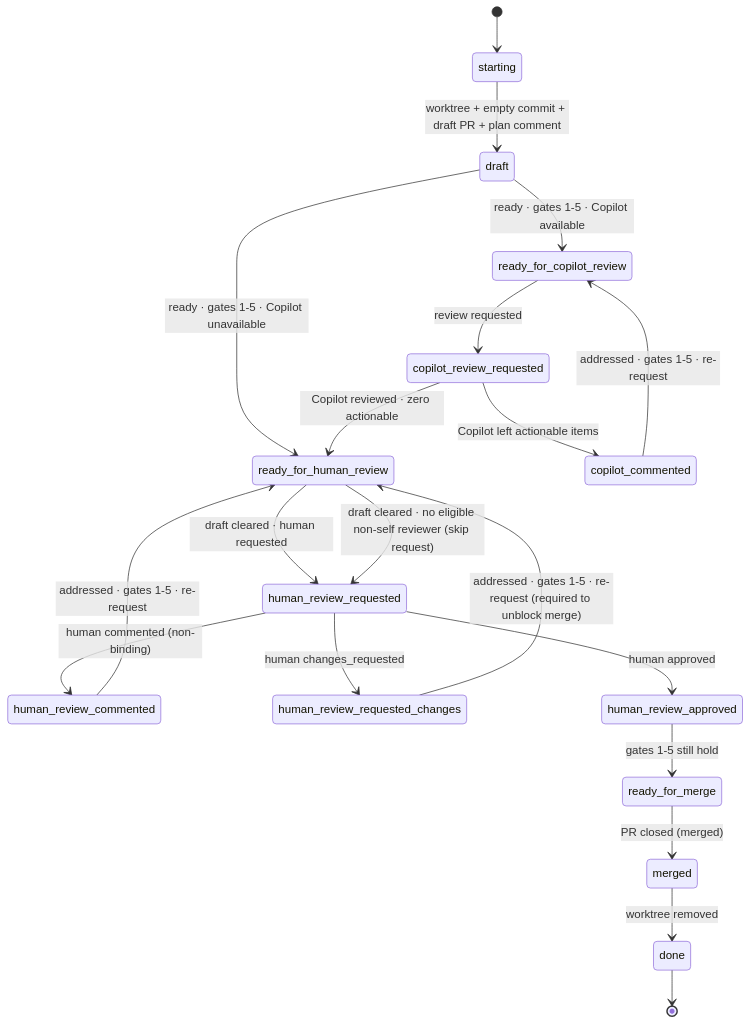
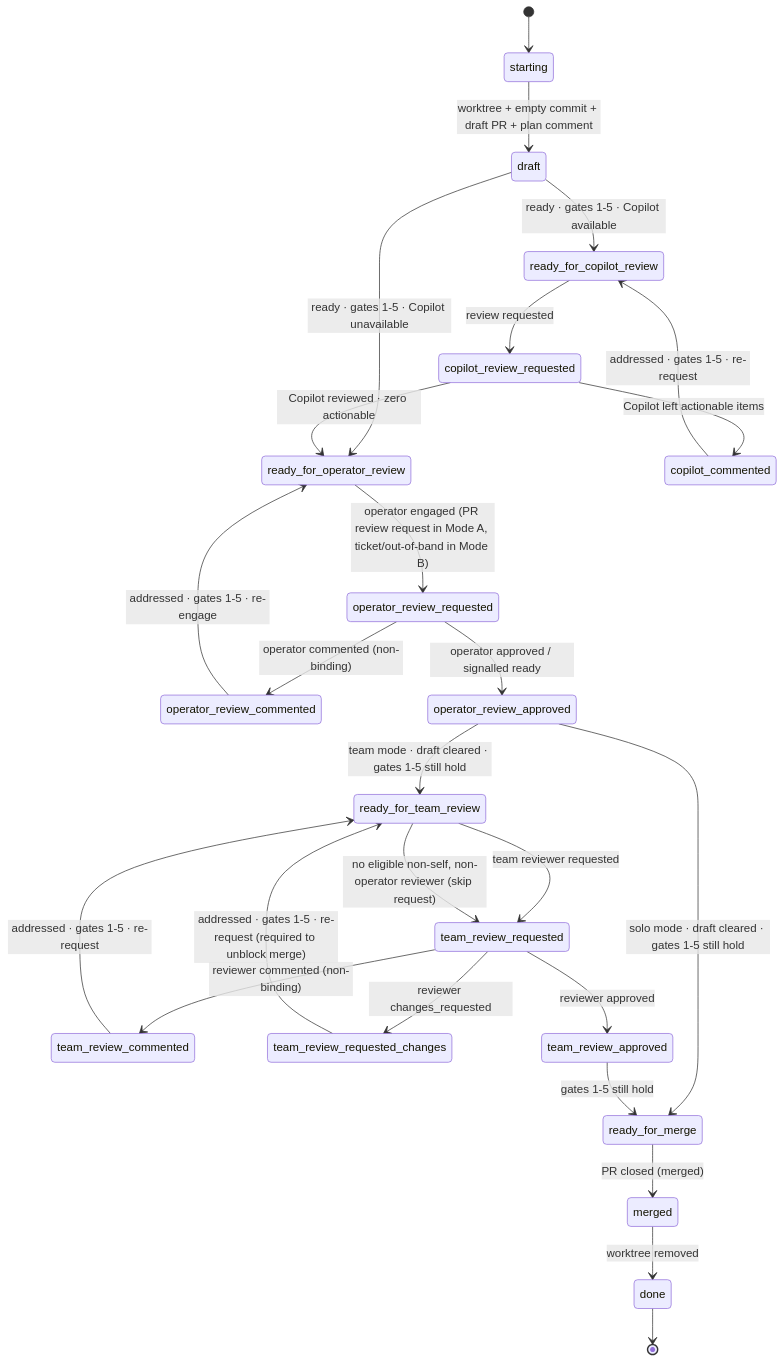
One commit to ianwremmel/agentic changed the diagram in plugins/dispatch/skills/deliver/SKILL.md. Above: the diagram before and after it, drawn with Mermaid. The commit also changed other lines of this file and 9 other files, not shown here.

First line of the commit message:
deliver: add operator-review stage; introduce agent/operator vocabulary

````diff
--- a/plugins/dispatch/skills/deliver/SKILL.md
+++ b/plugins/dispatch/skills/deliver/SKILL.md
@@ -34,34 +44,44 @@
 ```mermaid
 stateDiagram-v2
     [*] --> starting
 
     starting --> draft: worktree + empty commit + draft PR + plan comment
 
     draft --> ready_for_copilot_review: ready · gates 1-5 · Copilot available
-    draft --> ready_for_human_review: ready · gates 1-5 · Copilot unavailable
+    draft --> ready_for_operator_review: ready · gates 1-5 · Copilot unavailable
 
     ready_for_copilot_review --> copilot_review_requested: review requested
 
     copilot_review_requested --> copilot_commented: Copilot left actionable items
-    copilot_review_requested --> ready_for_human_review: Copilot reviewed · zero actionable
+    copilot_review_requested --> ready_for_operator_review: Copilot reviewed · zero actionable
 
     copilot_commented --> ready_for_copilot_review: addressed · gates 1-5 · re-request
 
-    ready_for_human_review --> human_review_requested: draft cleared · human requested
-    ready_for_human_review --> human_review_requested: draft cleared · no eligible non-self reviewer (skip request)
+    ready_for_operator_review --> operator_review_requested: operator engaged (PR review request in Mode A, ticket/out-of-band in Mode B)
 
-    human_review_requested --> human_review_commented: human commented (non-binding)
-    human_review_requested --> human_review_requested_changes: human changes_requested
-    human_review_requested --> human_review_approved: human approved
+    operator_review_requested --> operator_review_commented: operator commented (non-binding)
+    operator_review_requested --> operator_review_approved: operator approved / signalled ready
 
-    human_review_commented --> ready_for_human_review: addressed · gates 1-5 · re-request
-    human_review_requested_changes --> ready_for_human_review: addressed · gates 1-5 · re-request (required to unblock merge)
+    operator_review_commented --> ready_for_operator_review: addressed · gates 1-5 · re-engage
 
-    human_review_approved --> ready_for_merge: gates 1-5 still hold
+    operator_review_approved --> ready_for_merge: solo mode · draft cleared · gates 1-5 still hold
+    operator_review_approved --> ready_for_team_review: team mode · draft cleared · gates 1-5 still hold
+
+    ready_for_team_review --> team_review_requested: team reviewer requested
+    ready_for_team_review --> team_review_requested: no eligible non-self, non-operator reviewer (skip request)
+
+    team_review_requested --> team_review_commented: reviewer commented (non-binding)
+    team_review_requested --> team_review_requested_changes: reviewer changes_requested
+    team_review_requested --> team_review_approved: reviewer approved
+
+    team_review_commented --> ready_for_team_review: addressed · gates 1-5 · re-request
+    team_review_requested_changes --> ready_for_team_review: addressed · gates 1-5 · re-request (required to unblock merge)
+
+    team_review_approved --> ready_for_merge: gates 1-5 still hold
 
     ready_for_merge --> merged: PR closed (merged)
 
     merged --> done: worktree removed
 
     done --> [*]
 ```
````
